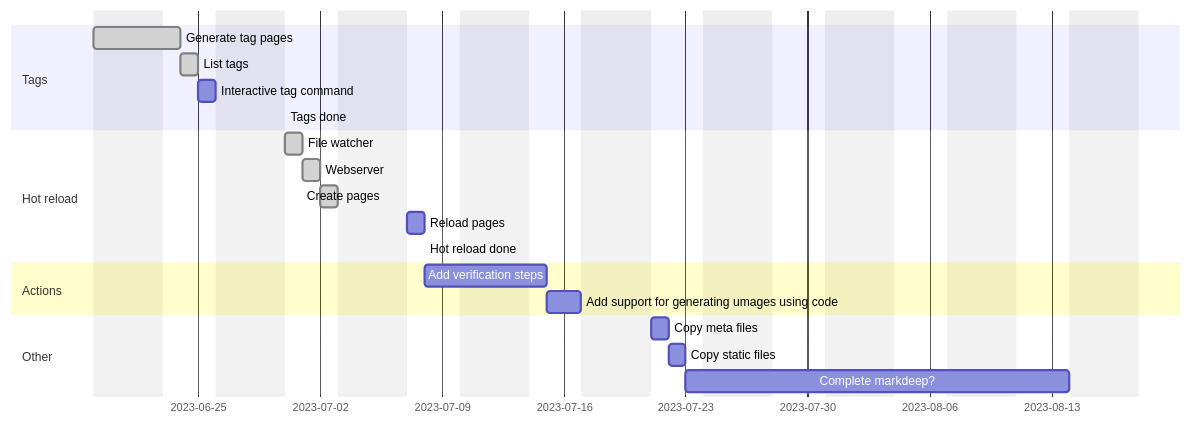
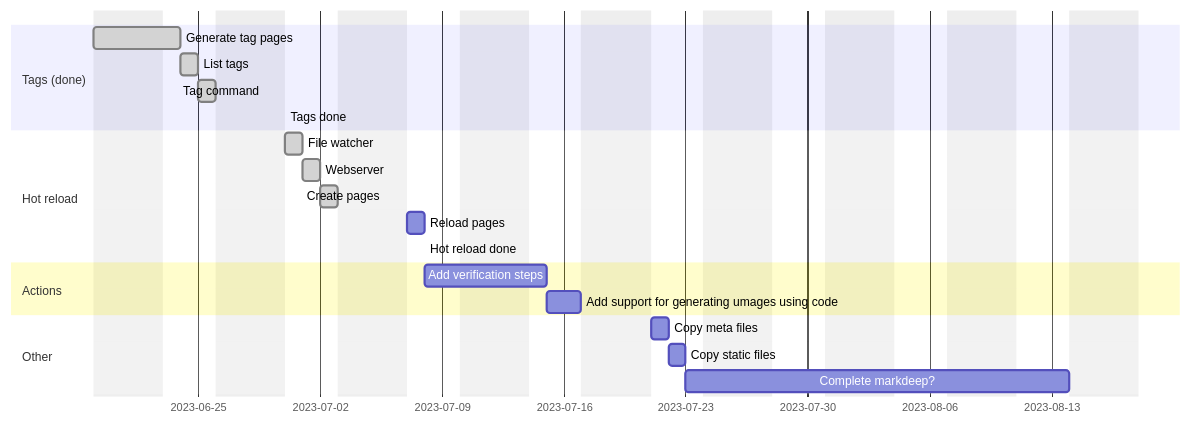
Before and after one commit to madeso/blaggen: the diagram in readme.md, drawn with Mermaid.

Commit message:
Mark tags done

````diff
--- a/readme.md
+++ b/readme.md
@@ -43,29 +43,29 @@
 ```mermaid
 gantt
     dateFormat  YYYY-MM-DD
     section Plan
     excludes monday, tuesday, wednesday, thursday
 
-    section Tags
+    section Tags (done)
     Generate tag pages: done, tag_pages, 2023-06-19, 2d
     List tags: done, list_tags, after tag_pages, 1d
-    Interactive tag command: tag_command, after list_tags, 1d
-    Tags done: tags_done, after tag_command, 0h
+    Tag command: done, tag_command, after list_tags, 1d
+    Tags done: done, tags_done, after tag_command, 0h
 
     section Hot reload
     File watcher: done, file_watcher, after tags_done, 1d
     Webserver: done, webserver, after file_watcher, 1d
     Create pages: done, create_pages, after webserver, 1d
     Reload pages: reload_pages, after create_pages, 1d
     Hot reload done: hotreload_done, after reload_pages, 0d
     
     section Actions
     Add verification steps: action_verify, after hotreload_done, 3d
     Add support for generating umages using code: action_image, after action_verify, 2d
 
     section Other
     Copy meta files: copy_meta, after action_image, 1d
     Copy static files: copy_static, after copy_meta, 1d
 
     Complete markdeep?: after copy_static, 10d
 ```
````
